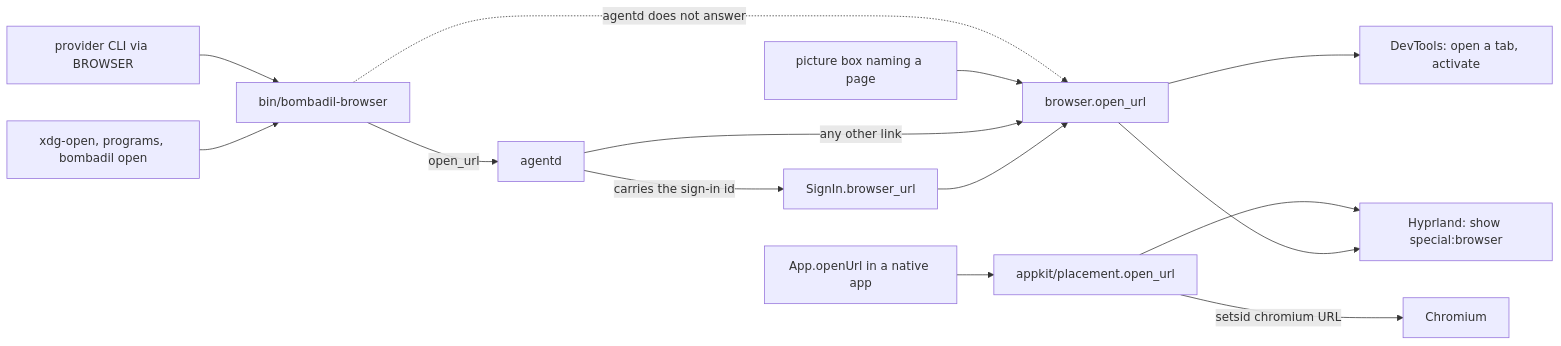
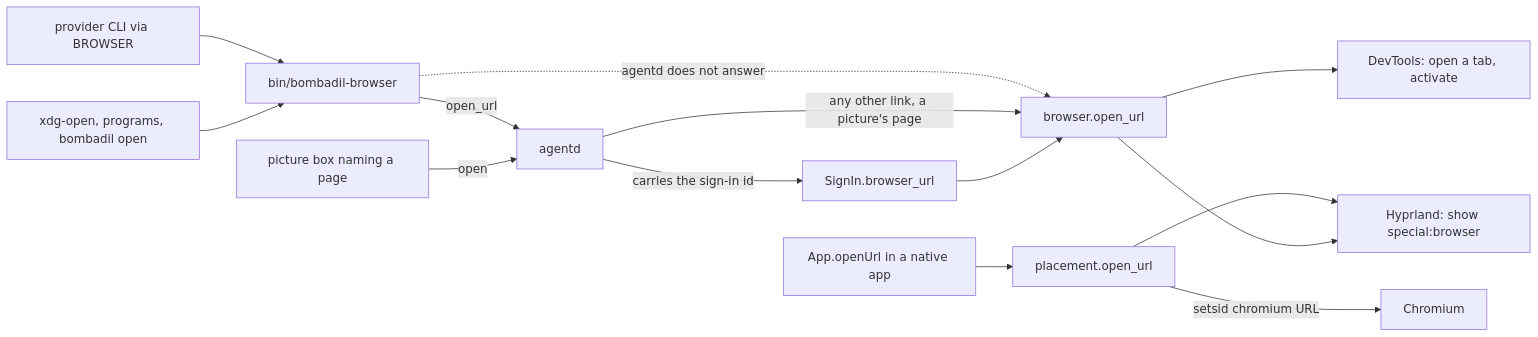
Before and after one commit to thedefaultman/Bombadil: the first of 3 diagrams in docs/architecture/browser-and-signin.md, drawn with Mermaid. The commit also changed other lines of this file and 26 other files, not shown here.

First line of the commit message:
docs: work in progress on architecture pages, decision log, reference, security model, UX flows, forking guide

````diff
--- a/docs/architecture/browser-and-signin.md
+++ b/docs/architecture/browser-and-signin.md
@@ -16,16 +16,16 @@
 ```mermaid
 flowchart LR
     cli["provider CLI via BROWSER"] --> bb["bin/bombadil-browser"]
     app["xdg-open, programs, bombadil open"] --> bb
     bb -->|"open_url"| agentd["agentd"]
     bb -.->|"agentd does not answer"| open["browser.open_url"]
-    pic["picture box naming a page"] --> open
-    qml["App.openUrl in a native app"] --> pl["appkit/placement.open_url"]
+    pic["picture box naming a page"] -->|"open"| agentd
+    qml["App.openUrl in a native app"] --> pl["placement.open_url"]
     pl -->|"setsid chromium URL"| ch["Chromium"]
     pl --> hy
     agentd -->|"carries the sign-in id"| si["SignIn.browser_url"]
-    agentd -->|"any other link"| open
+    agentd -->|"any other link, a picture's page"| open
     si --> open
     open --> dt["DevTools: open a tab, activate"]
     open --> hy["Hyprland: show special:browser"]
 ```
````
